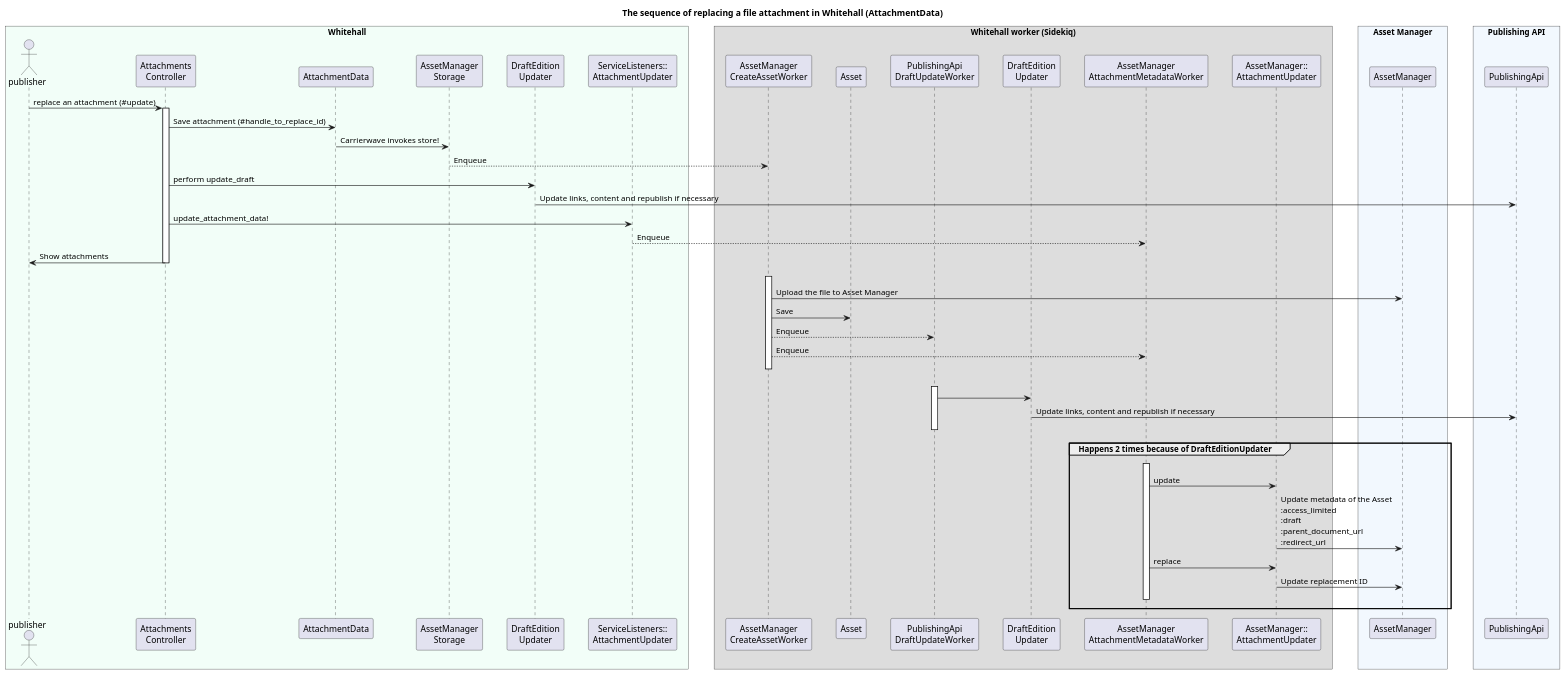
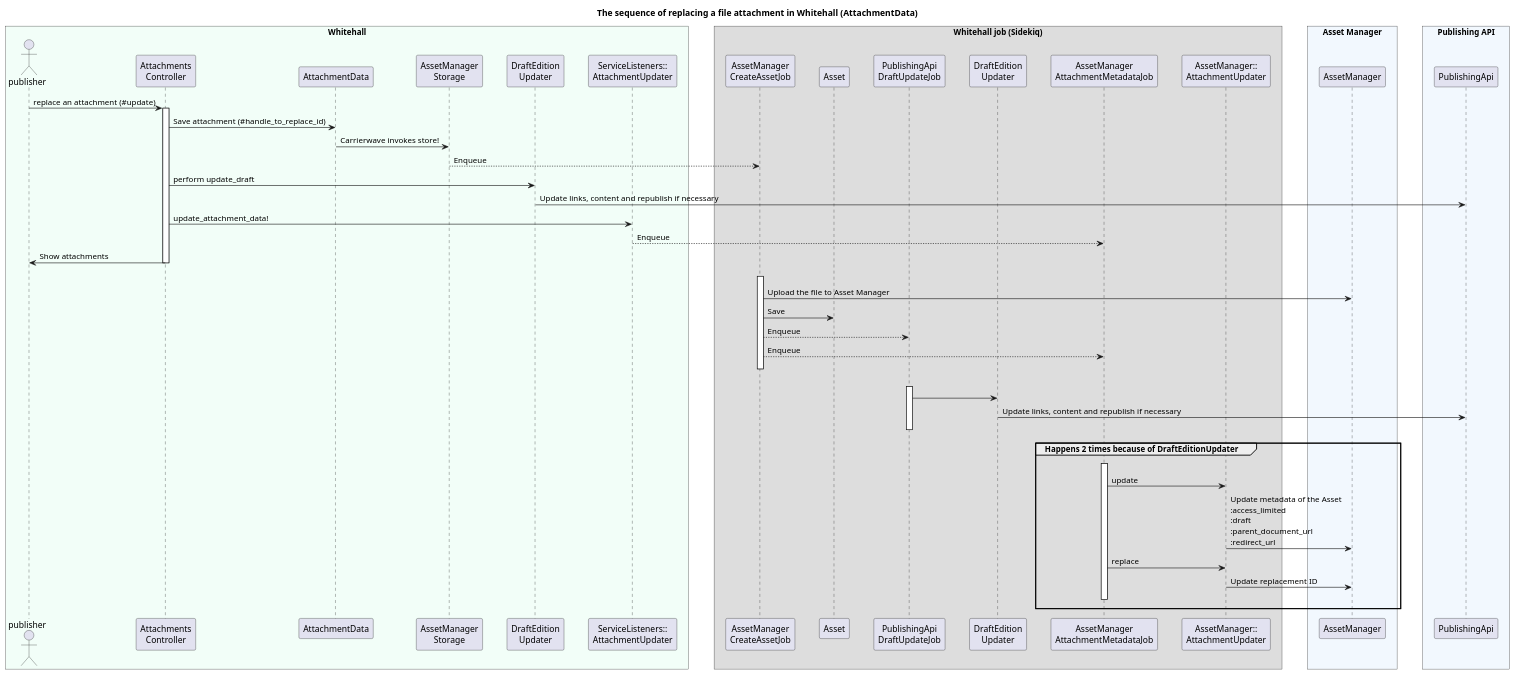
The diagram in docs/diagrams/asset_attachment_replacement_flow.puml (alphagov/whitehall), drawn with PlantUML before and after one commit. The commit also changed 296 other files, not shown here.

Commit message:
Rename worker with job

```diff
--- a/docs/diagrams/asset_attachment_replacement_flow.puml
+++ b/docs/diagrams/asset_attachment_replacement_flow.puml
@@ -1,64 +1,64 @@
 @startuml asset_attachment_replacement_flow
 
 title The sequence of replacing a file attachment in Whitehall (AttachmentData)
 skinparam BoxPadding 20
 skinparam ParticipantPadding 15
 
 box "Whitehall" #f2fef8
 actor publisher
 participant "Attachments\nController" as Controller
 participant AttachmentData
 participant "AssetManager\nStorage" as AssetManagerStorage
 participant "DraftEdition\nUpdater" as DraftEditionUpdater
 participant "ServiceListeners::\nAttachmentUpdater" as slAttachmentUpdater
 end box
 
-box Whitehall worker (Sidekiq)
-participant "AssetManager\nCreateAssetWorker" as AssetManagerCreateAssetWorker
+box Whitehall job (Sidekiq)
+participant "AssetManager\nCreateAssetJob" as AssetManagerCreateAssetJob
 participant Asset
-participant "PublishingApi\nDraftUpdateWorker" as PublishingApiDraftUpdateWorker
+participant "PublishingApi\nDraftUpdateJob" as PublishingApiDraftUpdateJob
 participant "DraftEdition\nUpdater" as bgDraftEditionUpdater
-participant "AssetManager\nAttachmentMetadataWorker" as AssetManagerAttachmentMetadataWorker
+participant "AssetManager\nAttachmentMetadataJob" as AssetManagerAttachmentMetadataJob
 participant "AssetManager::\nAttachmentUpdater" as amAttachmentUpdater
 end box
 
 box "Asset Manager" #f2f8fe
 participant AssetManager
 end box
 
 box "Publishing API" #f2f8fe
 participant PublishingApi
 end box
 
 publisher -> Controller++ : replace an attachment (#update)
 Controller -> AttachmentData : Save attachment (#handle_to_replace_id)
 AttachmentData -> AssetManagerStorage : Carrierwave invokes store!
-AssetManagerStorage --> AssetManagerCreateAssetWorker : Enqueue
+AssetManagerStorage --> AssetManagerCreateAssetJob : Enqueue
 Controller -> DraftEditionUpdater : perform update_draft
 DraftEditionUpdater -> PublishingApi : Update links, content and republish if necessary
 Controller -> slAttachmentUpdater : update_attachment_data!
-slAttachmentUpdater --> AssetManagerAttachmentMetadataWorker: Enqueue
+slAttachmentUpdater --> AssetManagerAttachmentMetadataJob: Enqueue
 Controller -> publisher-- : Show attachments
 
-AssetManagerCreateAssetWorker -[hidden]> AssetManagerCreateAssetWorker++
-AssetManagerCreateAssetWorker -> AssetManager : Upload the file to Asset Manager
-AssetManagerCreateAssetWorker -> Asset: Save
-AssetManagerCreateAssetWorker --> PublishingApiDraftUpdateWorker : Enqueue
-AssetManagerCreateAssetWorker --> AssetManagerAttachmentMetadataWorker : Enqueue
-AssetManagerCreateAssetWorker -[hidden]> AssetManagerCreateAssetWorker--
+AssetManagerCreateAssetJob -[hidden]> AssetManagerCreateAssetJob++
+AssetManagerCreateAssetJob -> AssetManager : Upload the file to Asset Manager
+AssetManagerCreateAssetJob -> Asset: Save
+AssetManagerCreateAssetJob --> PublishingApiDraftUpdateJob : Enqueue
+AssetManagerCreateAssetJob --> AssetManagerAttachmentMetadataJob : Enqueue
+AssetManagerCreateAssetJob -[hidden]> AssetManagerCreateAssetJob--
 
-PublishingApiDraftUpdateWorker -[hidden]> PublishingApiDraftUpdateWorker++
-PublishingApiDraftUpdateWorker -> bgDraftEditionUpdater
+PublishingApiDraftUpdateJob -[hidden]> PublishingApiDraftUpdateJob++
+PublishingApiDraftUpdateJob -> bgDraftEditionUpdater
 bgDraftEditionUpdater -> PublishingApi : Update links, content and republish if necessary
-PublishingApiDraftUpdateWorker -[hidden]> PublishingApiDraftUpdateWorker--
+PublishingApiDraftUpdateJob -[hidden]> PublishingApiDraftUpdateJob--
 
 group Happens 2 times because of DraftEditionUpdater
-  AssetManagerAttachmentMetadataWorker -[hidden]> AssetManagerAttachmentMetadataWorker++
-  AssetManagerAttachmentMetadataWorker -> amAttachmentUpdater : update
+  AssetManagerAttachmentMetadataJob -[hidden]> AssetManagerAttachmentMetadataJob++
+  AssetManagerAttachmentMetadataJob -> amAttachmentUpdater : update
   amAttachmentUpdater -> AssetManager: Update metadata of the Asset\n:access_limited\n:draft\n:parent_document_url\n:redirect_url
-  AssetManagerAttachmentMetadataWorker -> amAttachmentUpdater : replace
+  AssetManagerAttachmentMetadataJob -> amAttachmentUpdater : replace
   amAttachmentUpdater -> AssetManager: Update replacement ID
-  AssetManagerAttachmentMetadataWorker -[hidden]> AssetManagerAttachmentMetadataWorker--
+  AssetManagerAttachmentMetadataJob -[hidden]> AssetManagerAttachmentMetadataJob--
 end group
 
 @enduml
```
